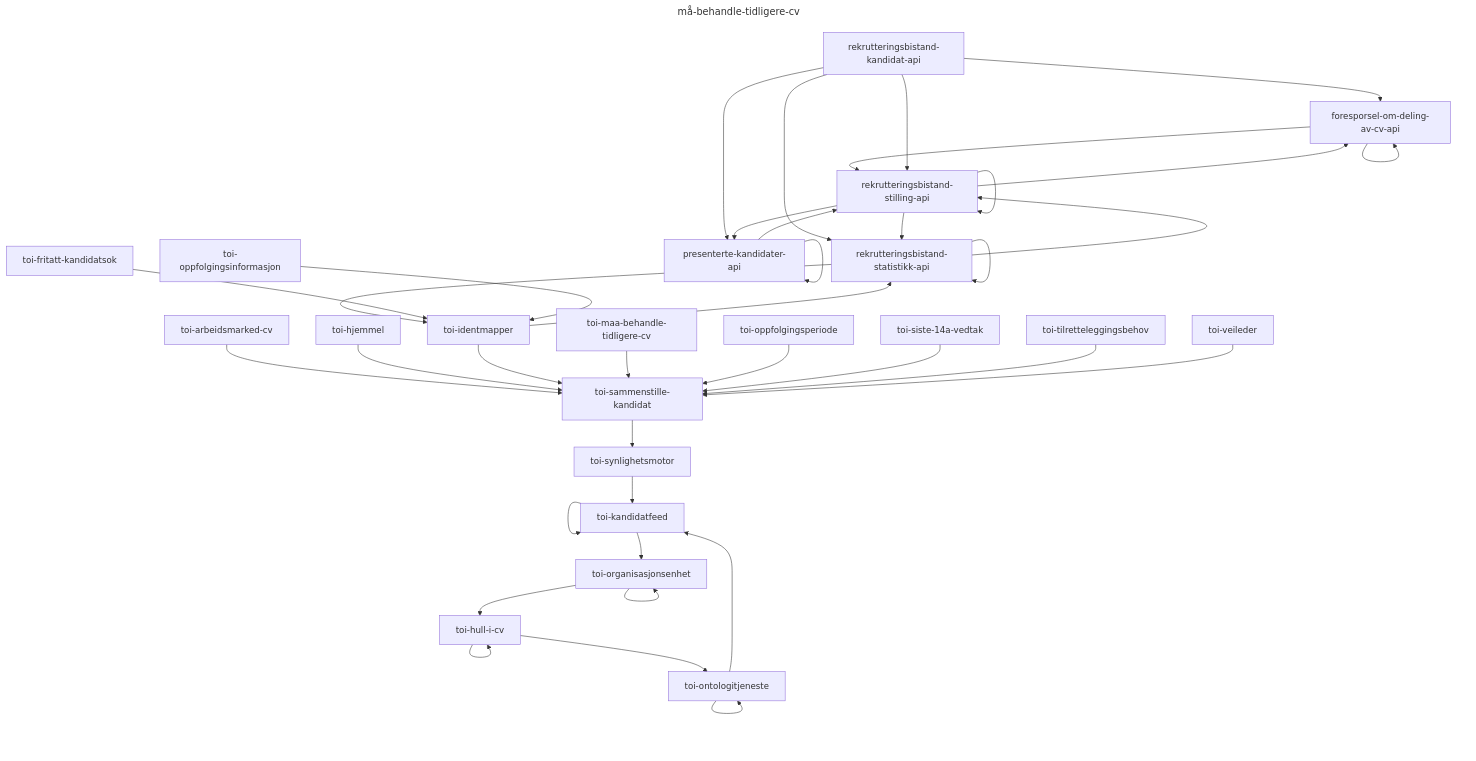
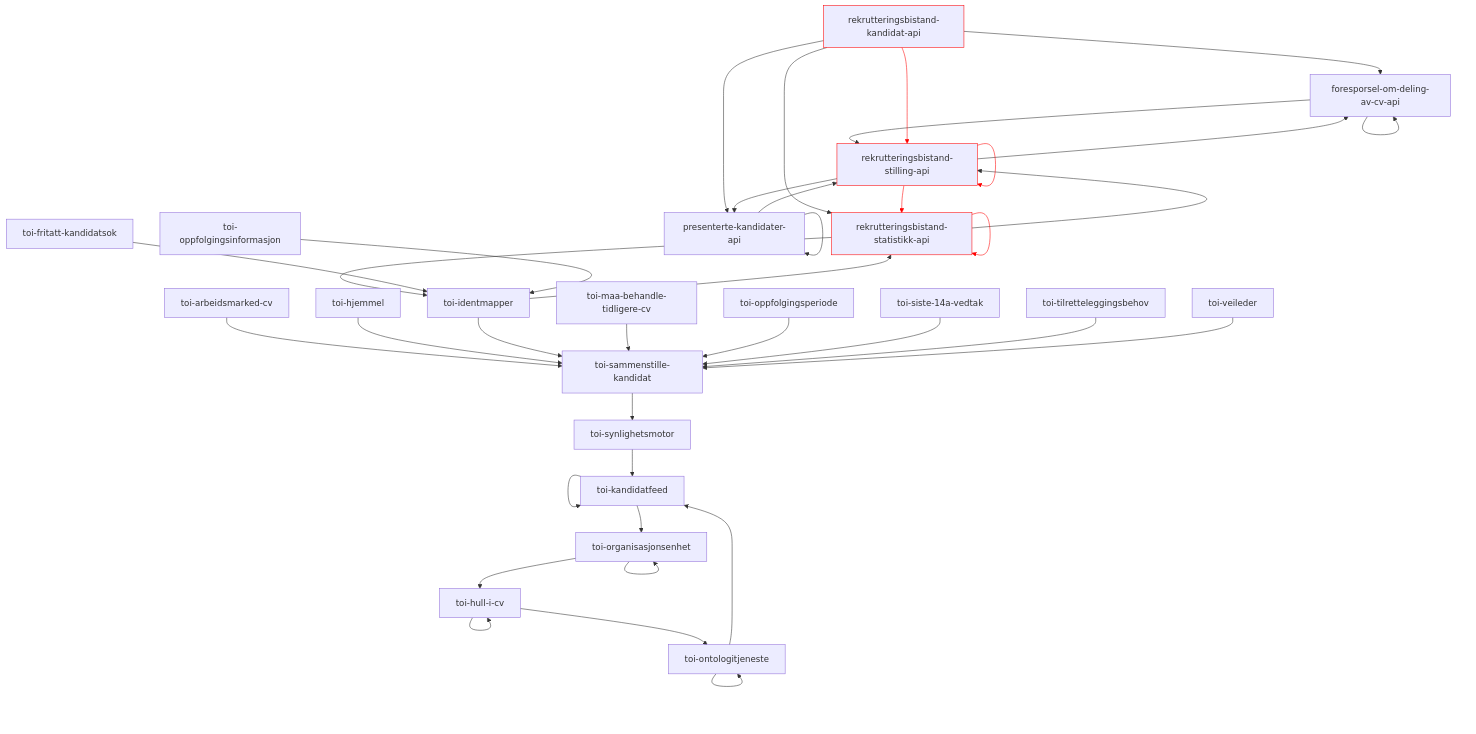
One commit to navikt/toi-rapids-and-rivers-grapher changed diagram 23 of 34 in README.md. Above: the diagram before and after it, drawn with Mermaid. The commit also changed other lines of this file, not shown here.

Commit message:
Oppdater Mermaid utskrift

````diff
--- a/README.md
+++ b/README.md
@@ -670,44 +941,42 @@
 ```mermaid
----
-title: må-behandle-tidligere-cv
----
 graph TD;
 foresporsel-om-deling-av-cv-api --> foresporsel-om-deling-av-cv-api;
 foresporsel-om-deling-av-cv-api --> rekrutteringsbistand-stilling-api;
 presenterte-kandidater-api --> presenterte-kandidater-api;
 presenterte-kandidater-api --> rekrutteringsbistand-stilling-api;
 rekrutteringsbistand-kandidat-api --> foresporsel-om-deling-av-cv-api;
 rekrutteringsbistand-kandidat-api --> presenterte-kandidater-api;
 rekrutteringsbistand-kandidat-api --> rekrutteringsbistand-statistikk-api;
-rekrutteringsbistand-kandidat-api --> rekrutteringsbistand-stilling-api;
-rekrutteringsbistand-statistikk-api --> rekrutteringsbistand-statistikk-api;
+rekrutteringsbistand-kandidat-api:::x --> rekrutteringsbistand-stilling-api:::x;
+rekrutteringsbistand-statistikk-api:::x --> rekrutteringsbistand-statistikk-api:::x;
 rekrutteringsbistand-statistikk-api --> rekrutteringsbistand-stilling-api;
 rekrutteringsbistand-statistikk-api --> toi-identmapper;
 rekrutteringsbistand-stilling-api --> foresporsel-om-deling-av-cv-api;
 rekrutteringsbistand-stilling-api --> presenterte-kandidater-api;
-rekrutteringsbistand-stilling-api --> rekrutteringsbistand-statistikk-api;
-rekrutteringsbistand-stilling-api --> rekrutteringsbistand-stilling-api;
+rekrutteringsbistand-stilling-api:::x --> rekrutteringsbistand-statistikk-api:::x;
+rekrutteringsbistand-stilling-api:::x --> rekrutteringsbistand-stilling-api:::x;
 toi-arbeidsmarked-cv --> toi-sammenstille-kandidat;
 toi-fritatt-kandidatsok --> toi-identmapper;
 toi-hjemmel --> toi-sammenstille-kandidat;
 toi-hull-i-cv --> toi-hull-i-cv;
 toi-hull-i-cv --> toi-ontologitjeneste;
 toi-identmapper --> rekrutteringsbistand-statistikk-api;
 toi-identmapper --> toi-sammenstille-kandidat;
 toi-kandidatfeed --> toi-kandidatfeed;
 toi-kandidatfeed --> toi-organisasjonsenhet;
 toi-maa-behandle-tidligere-cv --> toi-sammenstille-kandidat;
 toi-ontologitjeneste --> toi-kandidatfeed;
 toi-ontologitjeneste --> toi-ontologitjeneste;
 toi-oppfolgingsinformasjon --> toi-identmapper;
 toi-oppfolgingsperiode --> toi-sammenstille-kandidat;
 toi-organisasjonsenhet --> toi-hull-i-cv;
 toi-organisasjonsenhet --> toi-organisasjonsenhet;
 toi-sammenstille-kandidat --> toi-synlighetsmotor;
 toi-siste-14a-vedtak --> toi-sammenstille-kandidat;
 toi-synlighetsmotor --> toi-kandidatfeed;
 toi-tilretteleggingsbehov --> toi-sammenstille-kandidat;
 toi-veileder --> toi-sammenstille-kandidat;
 
-
+linkStyle 7,8,13,14 stroke:red;
+classDef x stroke: red;
 ```
````
